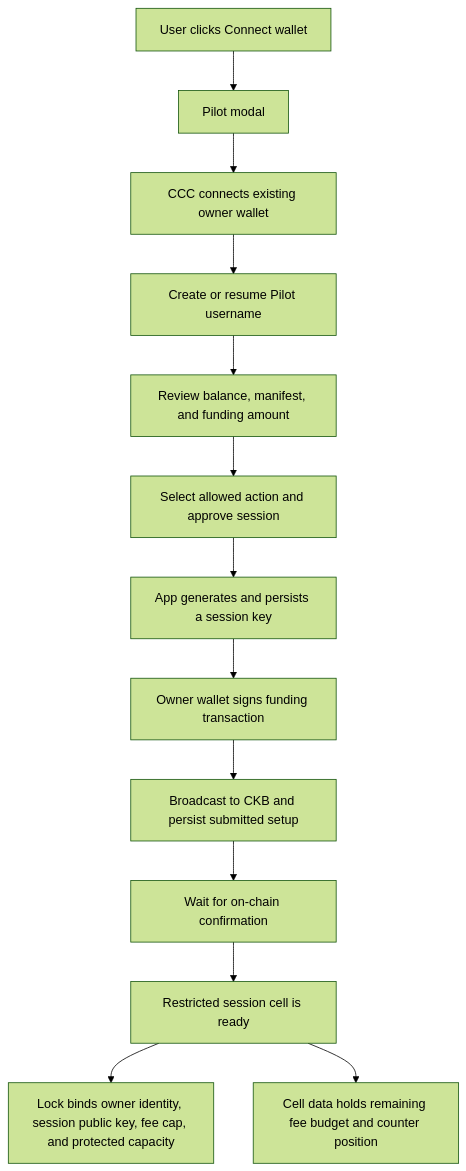
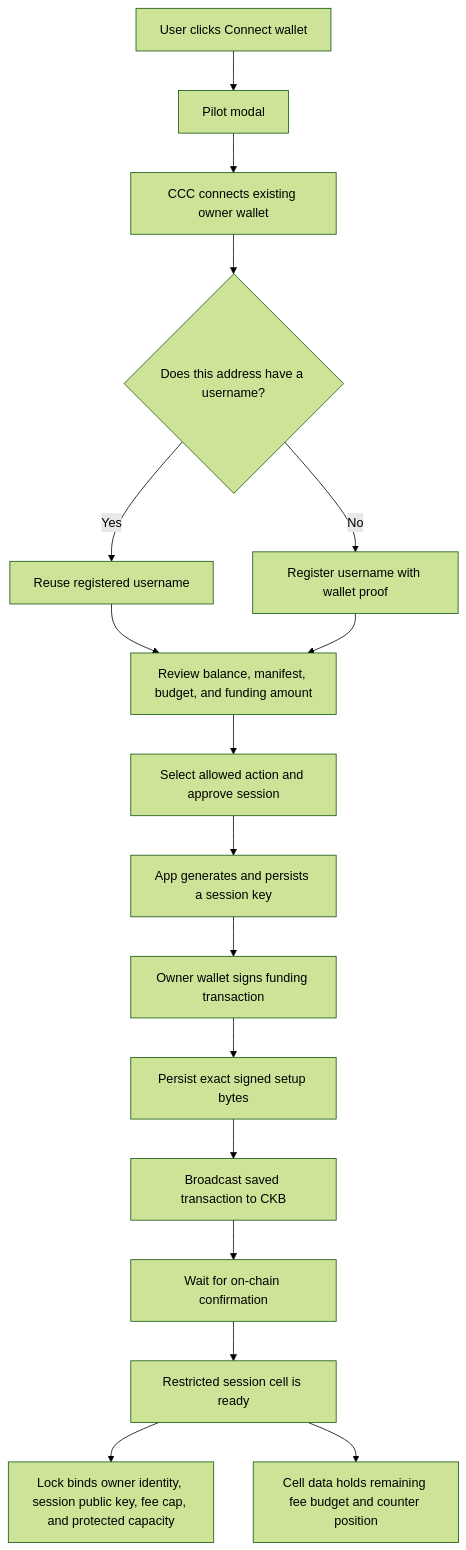
One commit to Birdmannn/owl changed the first of 3 diagrams in README.md. Above: the diagram before and after it, drawn with Mermaid (forest theme). The commit also changed other lines of this file and 17 other files, not shown here.

````diff
--- a/README.md
+++ b/README.md
@@ -61,15 +98,19 @@
 ```mermaid
 flowchart TD
     U[User clicks Connect wallet] --> M[Pilot modal]
     M --> W[CCC connects existing owner wallet]
-    W --> P[Create or resume Pilot username]
-    P --> R[Review balance, manifest, and funding amount]
+    W --> P{Does this address have a username?}
+    P -->|Yes| E[Reuse registered username]
+    P -->|No| N[Register username with wallet proof]
+    E --> R[Review balance, manifest, budget, and funding amount]
+    N --> R
     R --> A[Select allowed action and approve session]
     A --> K[App generates and persists a session key]
     K --> S[Owner wallet signs funding transaction]
-    S --> T[Broadcast to CKB and persist submitted setup]
+    S --> J[Persist exact signed setup bytes]
+    J --> T[Broadcast saved transaction to CKB]
     T --> C[Wait for on-chain confirmation]
     C --> F[Restricted session cell is ready]
     F --> L[Lock binds owner identity, session public key, fee cap, and protected capacity]
     F --> D[Cell data holds remaining fee budget and counter position]
 ```
````
